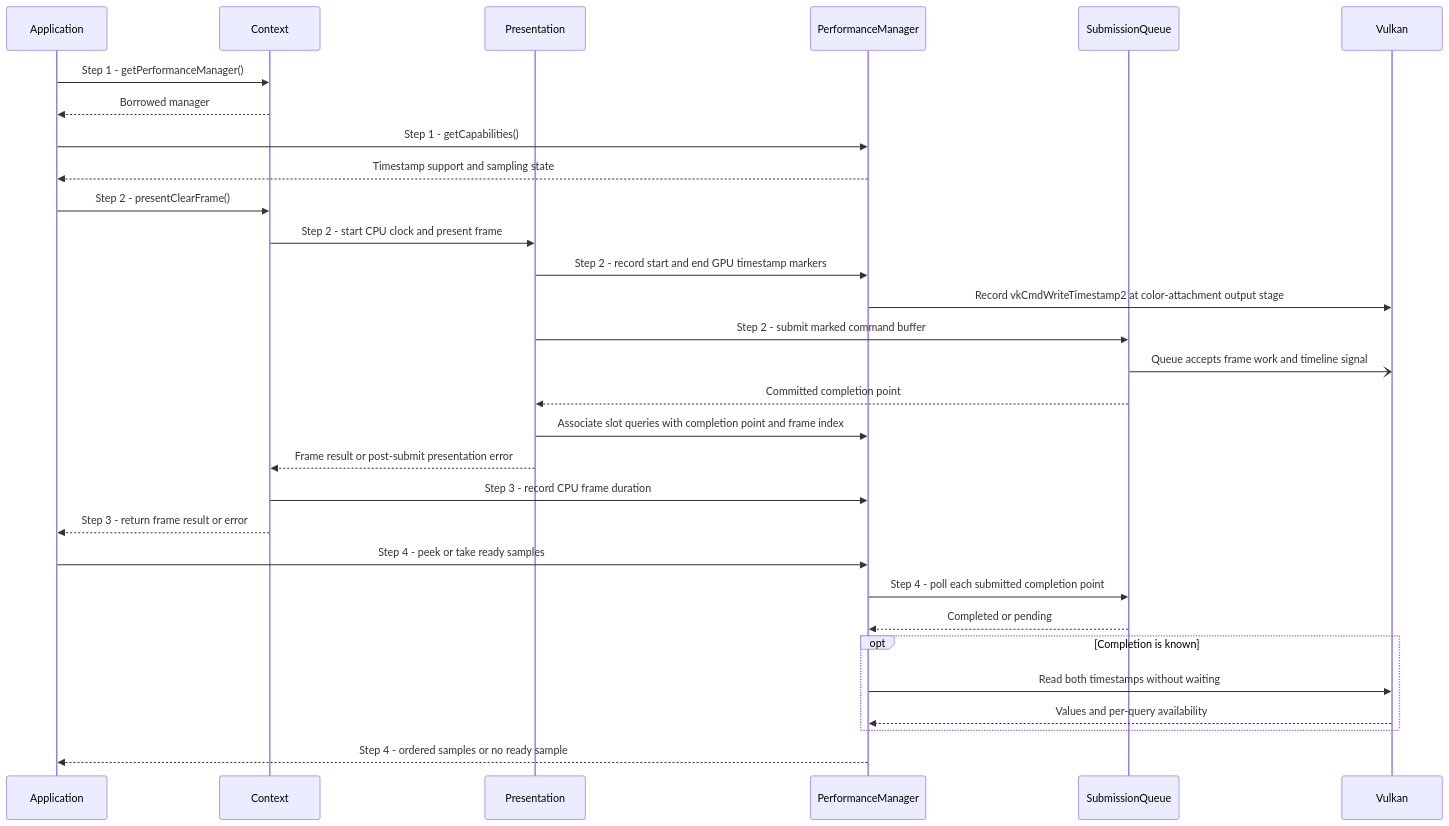
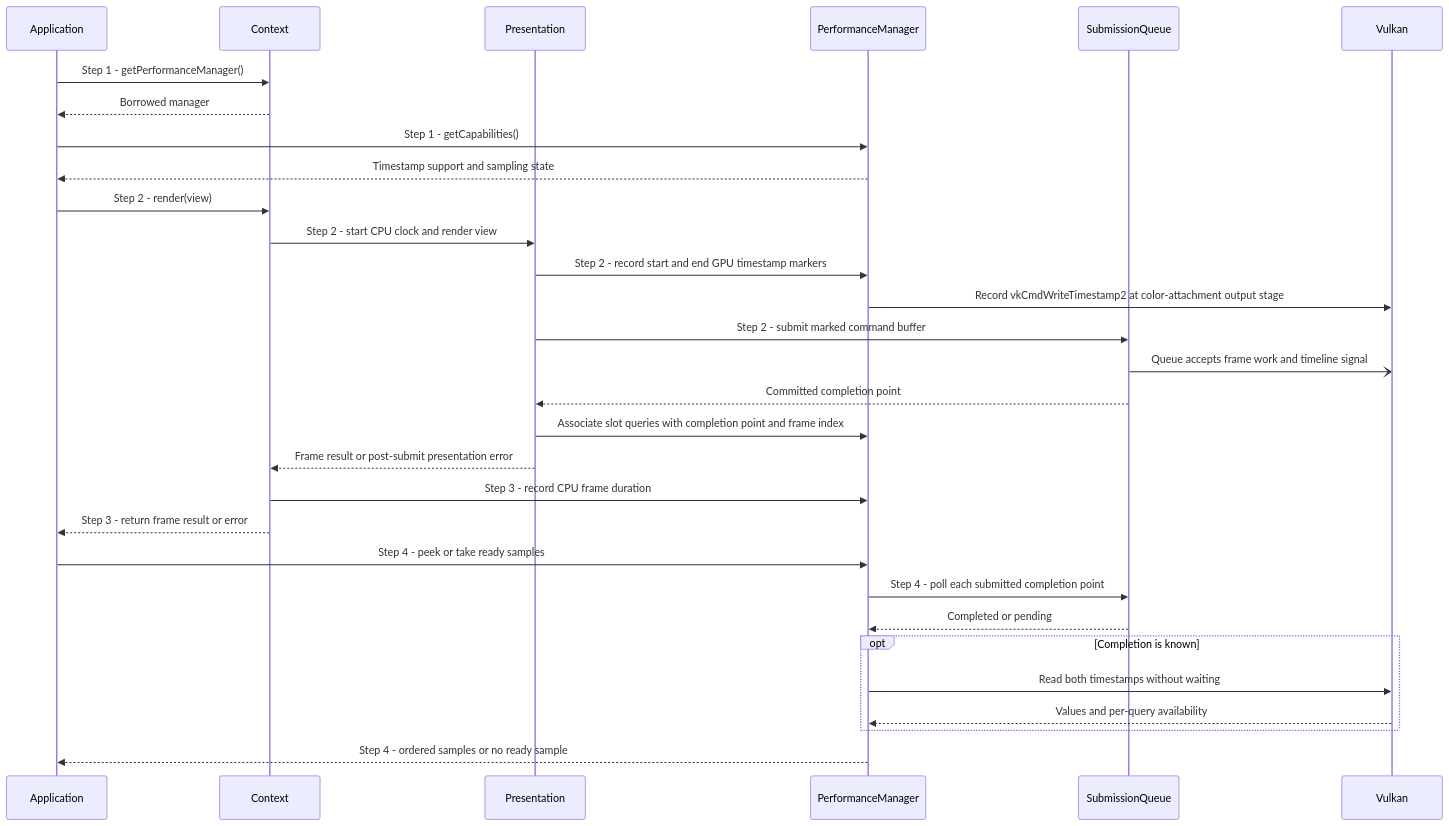
One commit to a-soltysik/Panda changed the diagram in docs/use-cases/collect-frame-timings.md. Above: the diagram before and after it, drawn with Mermaid. The commit also changed other lines of this file and 68 other files, not shown here.

````diff
--- a/docs/use-cases/collect-frame-timings.md
+++ b/docs/use-cases/collect-frame-timings.md
@@ -58,32 +59,32 @@
 ```mermaid
 sequenceDiagram
     participant A as Application
     participant C as Context
     participant P as Presentation
     participant M as PerformanceManager
     participant Q as SubmissionQueue
     participant V as Vulkan
     A->>C: Step 1 - getPerformanceManager()
     C-->>A: Borrowed manager
     A->>M: Step 1 - getCapabilities()
     M-->>A: Timestamp support and sampling state
-    A->>C: Step 2 - presentClearFrame()
-    C->>P: Step 2 - start CPU clock and present frame
+    A->>C: Step 2 - render(view)
+    C->>P: Step 2 - start CPU clock and render view
     P->>M: Step 2 - record start and end GPU timestamp markers
     M->>V: Record vkCmdWriteTimestamp2 at color-attachment output stage
     P->>Q: Step 2 - submit marked command buffer
     Q-)V: Queue accepts frame work and timeline signal
     Q-->>P: Committed completion point
     P->>M: Associate slot queries with completion point and frame index
     P-->>C: Frame result or post-submit presentation error
     C->>M: Step 3 - record CPU frame duration
     C-->>A: Step 3 - return frame result or error
     A->>M: Step 4 - peek or take ready samples
     M->>Q: Step 4 - poll each submitted completion point
     Q-->>M: Completed or pending
     opt Completion is known
         M->>V: Read both timestamps without waiting
         V-->>M: Values and per-query availability
     end
     M-->>A: Step 4 - ordered samples or no ready sample
 ```
````
